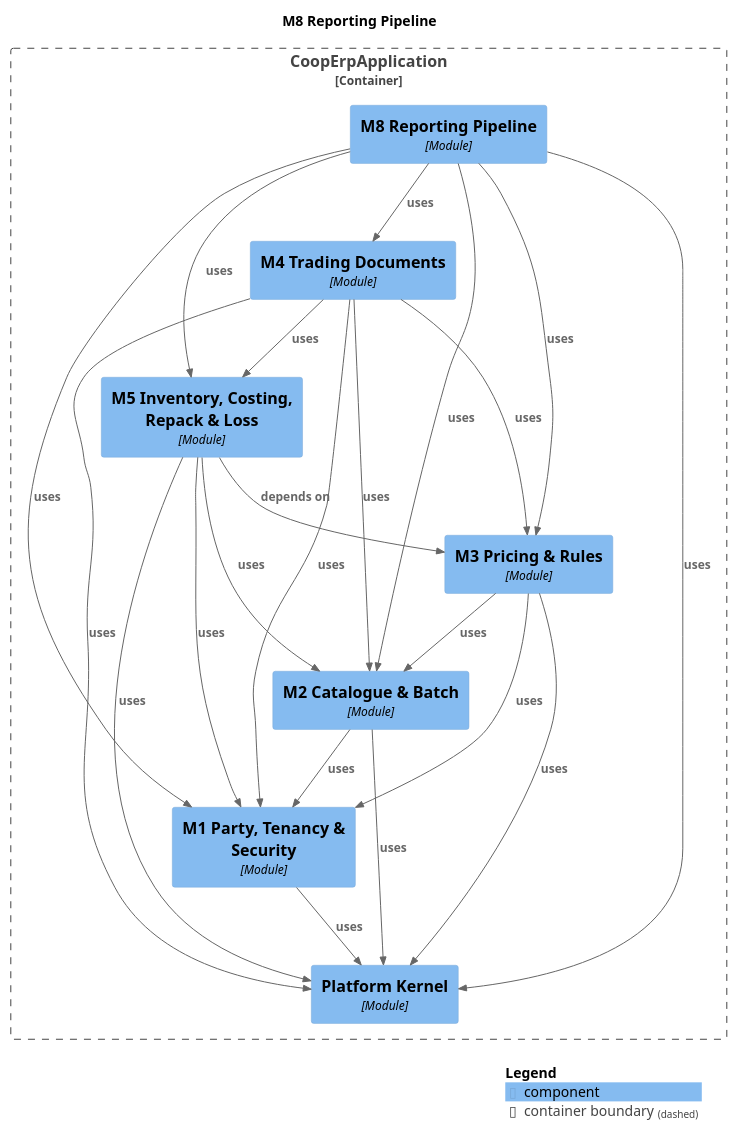
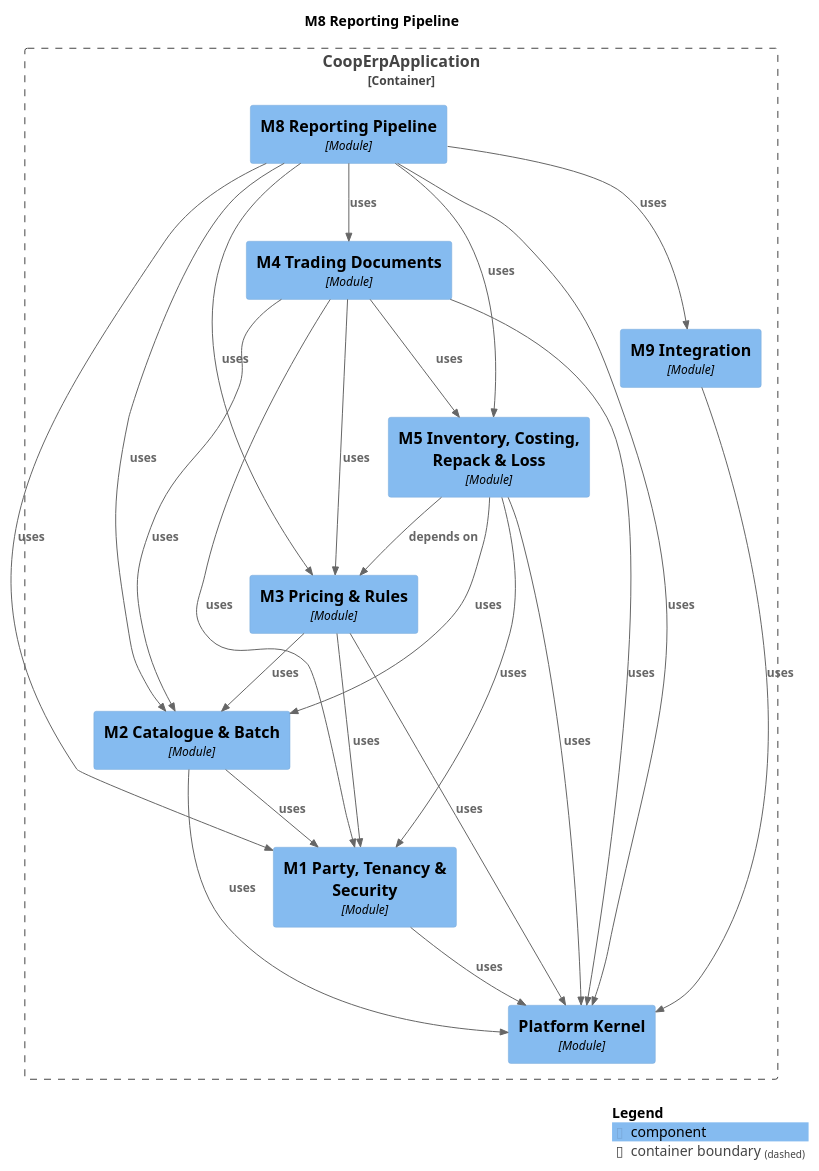
The diagram in docs/modules/module-m8reporting.puml (Knoweb/COOP_ERP), drawn with PlantUML before and after one commit. The commit also changed 22 other files, not shown here.

```diff
--- a/docs/modules/module-m8reporting.puml
+++ b/docs/modules/module-m8reporting.puml
@@ -1,44 +1,47 @@
 @startuml
 set separator none
 title M8 Reporting Pipeline
 
 top to bottom direction
 
 !include <C4/C4>
 !include <C4/C4_Context>
 !include <C4/C4_Component>
 
 Container_Boundary("CoopErpApplication.CoopErpApplication_boundary", "CoopErpApplication", $tags="") {
   Component(CoopErpApplication.CoopErpApplication.M3PricingRules, "M3 Pricing & Rules", $techn="Module", $descr="", $tags="", $link="")
   Component(CoopErpApplication.CoopErpApplication.M5InventoryCostingRepackLoss, "M5 Inventory, Costing, Repack & Loss", $techn="Module", $descr="", $tags="", $link="")
   Component(CoopErpApplication.CoopErpApplication.M4TradingDocuments, "M4 Trading Documents", $techn="Module", $descr="", $tags="", $link="")
   Component(CoopErpApplication.CoopErpApplication.M8ReportingPipeline, "M8 Reporting Pipeline", $techn="Module", $descr="", $tags="", $link="")
   Component(CoopErpApplication.CoopErpApplication.PlatformKernel, "Platform Kernel", $techn="Module", $descr="", $tags="", $link="")
   Component(CoopErpApplication.CoopErpApplication.M1PartyTenancySecurity, "M1 Party, Tenancy & Security", $techn="Module", $descr="", $tags="", $link="")
+  Component(CoopErpApplication.CoopErpApplication.M9Integration, "M9 Integration", $techn="Module", $descr="", $tags="", $link="")
   Component(CoopErpApplication.CoopErpApplication.M2CatalogueBatch, "M2 Catalogue & Batch", $techn="Module", $descr="", $tags="", $link="")
 }
 
 Rel(CoopErpApplication.CoopErpApplication.M1PartyTenancySecurity, CoopErpApplication.CoopErpApplication.PlatformKernel, "uses", $techn="", $tags="", $link="")
 Rel(CoopErpApplication.CoopErpApplication.M2CatalogueBatch, CoopErpApplication.CoopErpApplication.M1PartyTenancySecurity, "uses", $techn="", $tags="", $link="")
 Rel(CoopErpApplication.CoopErpApplication.M2CatalogueBatch, CoopErpApplication.CoopErpApplication.PlatformKernel, "uses", $techn="", $tags="", $link="")
 Rel(CoopErpApplication.CoopErpApplication.M3PricingRules, CoopErpApplication.CoopErpApplication.M1PartyTenancySecurity, "uses", $techn="", $tags="", $link="")
 Rel(CoopErpApplication.CoopErpApplication.M3PricingRules, CoopErpApplication.CoopErpApplication.M2CatalogueBatch, "uses", $techn="", $tags="", $link="")
 Rel(CoopErpApplication.CoopErpApplication.M3PricingRules, CoopErpApplication.CoopErpApplication.PlatformKernel, "uses", $techn="", $tags="", $link="")
 Rel(CoopErpApplication.CoopErpApplication.M4TradingDocuments, CoopErpApplication.CoopErpApplication.M1PartyTenancySecurity, "uses", $techn="", $tags="", $link="")
 Rel(CoopErpApplication.CoopErpApplication.M4TradingDocuments, CoopErpApplication.CoopErpApplication.M2CatalogueBatch, "uses", $techn="", $tags="", $link="")
 Rel(CoopErpApplication.CoopErpApplication.M4TradingDocuments, CoopErpApplication.CoopErpApplication.M3PricingRules, "uses", $techn="", $tags="", $link="")
 Rel(CoopErpApplication.CoopErpApplication.M4TradingDocuments, CoopErpApplication.CoopErpApplication.M5InventoryCostingRepackLoss, "uses", $techn="", $tags="", $link="")
 Rel(CoopErpApplication.CoopErpApplication.M4TradingDocuments, CoopErpApplication.CoopErpApplication.PlatformKernel, "uses", $techn="", $tags="", $link="")
 Rel(CoopErpApplication.CoopErpApplication.M5InventoryCostingRepackLoss, CoopErpApplication.CoopErpApplication.M1PartyTenancySecurity, "uses", $techn="", $tags="", $link="")
 Rel(CoopErpApplication.CoopErpApplication.M5InventoryCostingRepackLoss, CoopErpApplication.CoopErpApplication.M2CatalogueBatch, "uses", $techn="", $tags="", $link="")
 Rel(CoopErpApplication.CoopErpApplication.M5InventoryCostingRepackLoss, CoopErpApplication.CoopErpApplication.M3PricingRules, "depends on", $techn="", $tags="", $link="")
 Rel(CoopErpApplication.CoopErpApplication.M5InventoryCostingRepackLoss, CoopErpApplication.CoopErpApplication.PlatformKernel, "uses", $techn="", $tags="", $link="")
 Rel(CoopErpApplication.CoopErpApplication.M8ReportingPipeline, CoopErpApplication.CoopErpApplication.M1PartyTenancySecurity, "uses", $techn="", $tags="", $link="")
 Rel(CoopErpApplication.CoopErpApplication.M8ReportingPipeline, CoopErpApplication.CoopErpApplication.M2CatalogueBatch, "uses", $techn="", $tags="", $link="")
 Rel(CoopErpApplication.CoopErpApplication.M8ReportingPipeline, CoopErpApplication.CoopErpApplication.M3PricingRules, "uses", $techn="", $tags="", $link="")
 Rel(CoopErpApplication.CoopErpApplication.M8ReportingPipeline, CoopErpApplication.CoopErpApplication.M4TradingDocuments, "uses", $techn="", $tags="", $link="")
 Rel(CoopErpApplication.CoopErpApplication.M8ReportingPipeline, CoopErpApplication.CoopErpApplication.M5InventoryCostingRepackLoss, "uses", $techn="", $tags="", $link="")
+Rel(CoopErpApplication.CoopErpApplication.M8ReportingPipeline, CoopErpApplication.CoopErpApplication.M9Integration, "uses", $techn="", $tags="", $link="")
 Rel(CoopErpApplication.CoopErpApplication.M8ReportingPipeline, CoopErpApplication.CoopErpApplication.PlatformKernel, "uses", $techn="", $tags="", $link="")
+Rel(CoopErpApplication.CoopErpApplication.M9Integration, CoopErpApplication.CoopErpApplication.PlatformKernel, "uses", $techn="", $tags="", $link="")
 
 SHOW_LEGEND(true)
 @enduml
```
